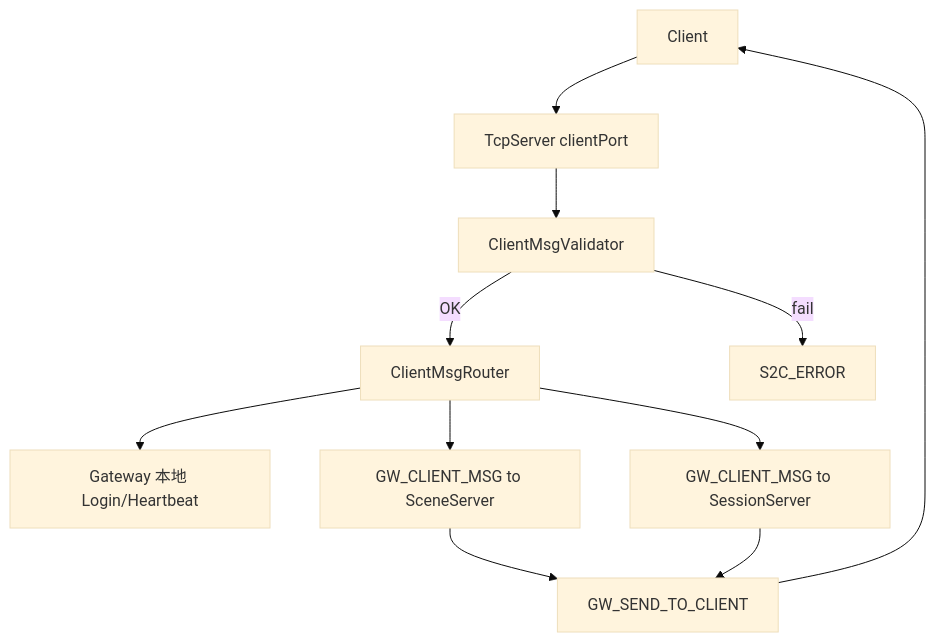
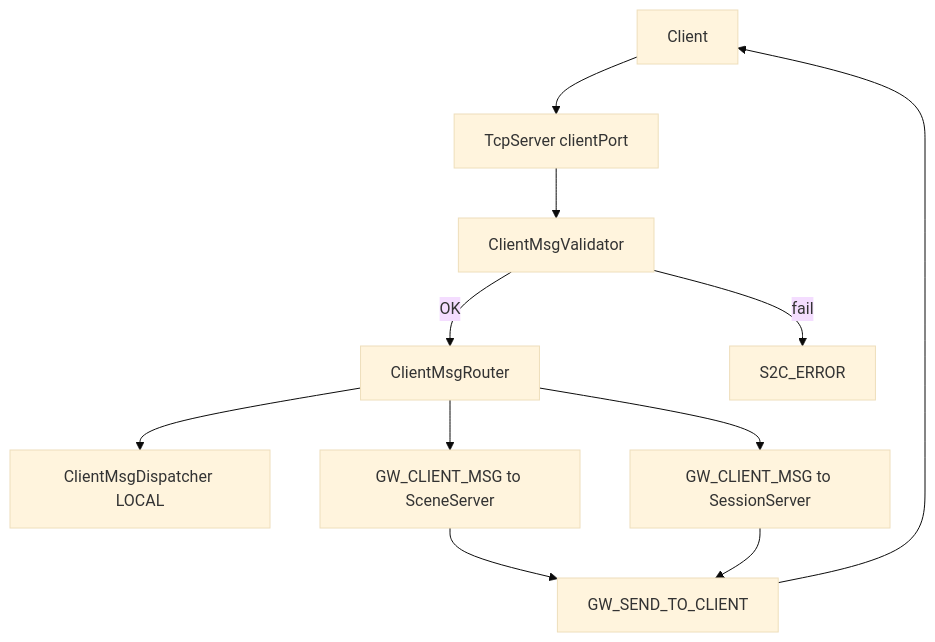
The fourth of 6 diagrams in docs/ARCHITECTURE.md (hechuangguo/RPG_Server), drawn with Mermaid (base theme) before and after one commit. The commit also changed other lines of this file and 77 other files, not shown here.

````diff
--- a/docs/ARCHITECTURE.md
+++ b/docs/ARCHITECTURE.md
@@ -279,13 +321,13 @@
 ```mermaid
 flowchart TB
     Client --> GW[TcpServer clientPort]
     GW --> V[ClientMsgValidator]
     V -->|OK| R[ClientMsgRouter]
     V -->|fail| Err[S2C_ERROR]
-    R --> Local[Gateway 本地 Login/Heartbeat]
+    R --> Local[ClientMsgDispatcher LOCAL]
     R --> Scene[GW_CLIENT_MSG to SceneServer]
     R --> Session[GW_CLIENT_MSG to SessionServer]
     Scene --> GW2[GW_SEND_TO_CLIENT]
     Session --> GW2
     GW2 --> Client
 ```
````
